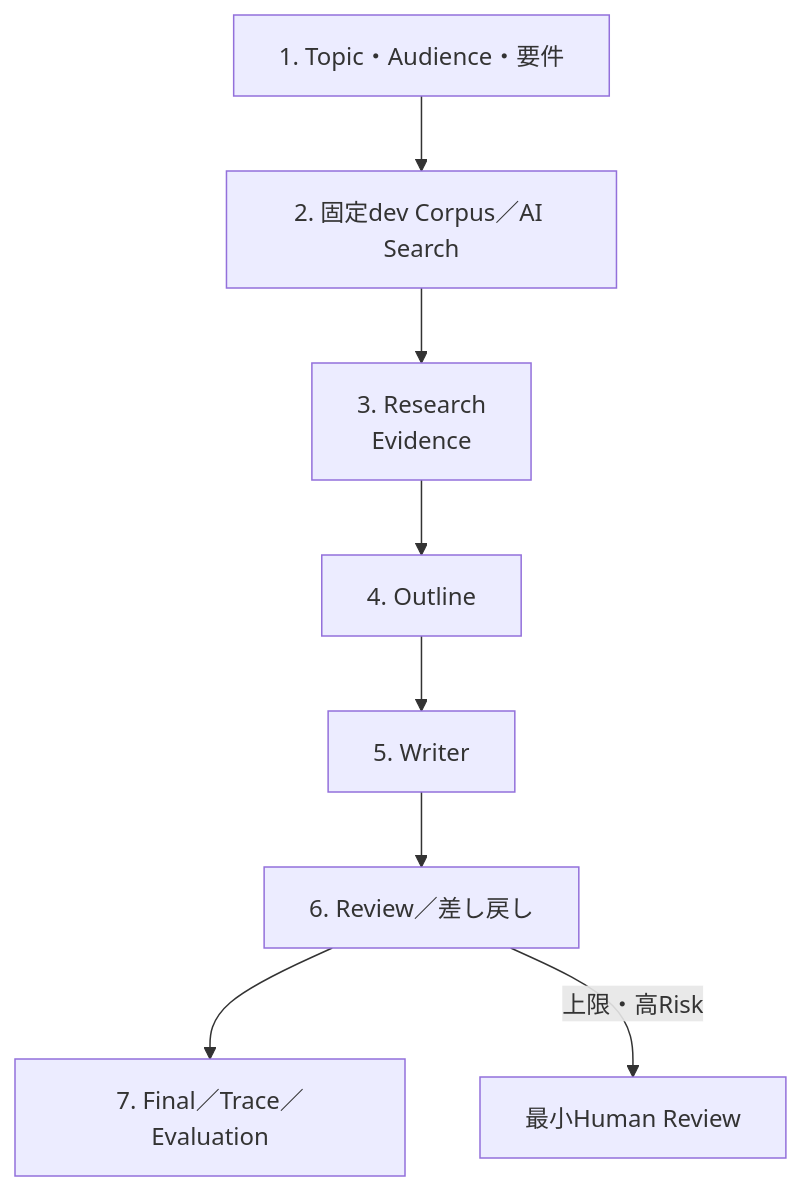
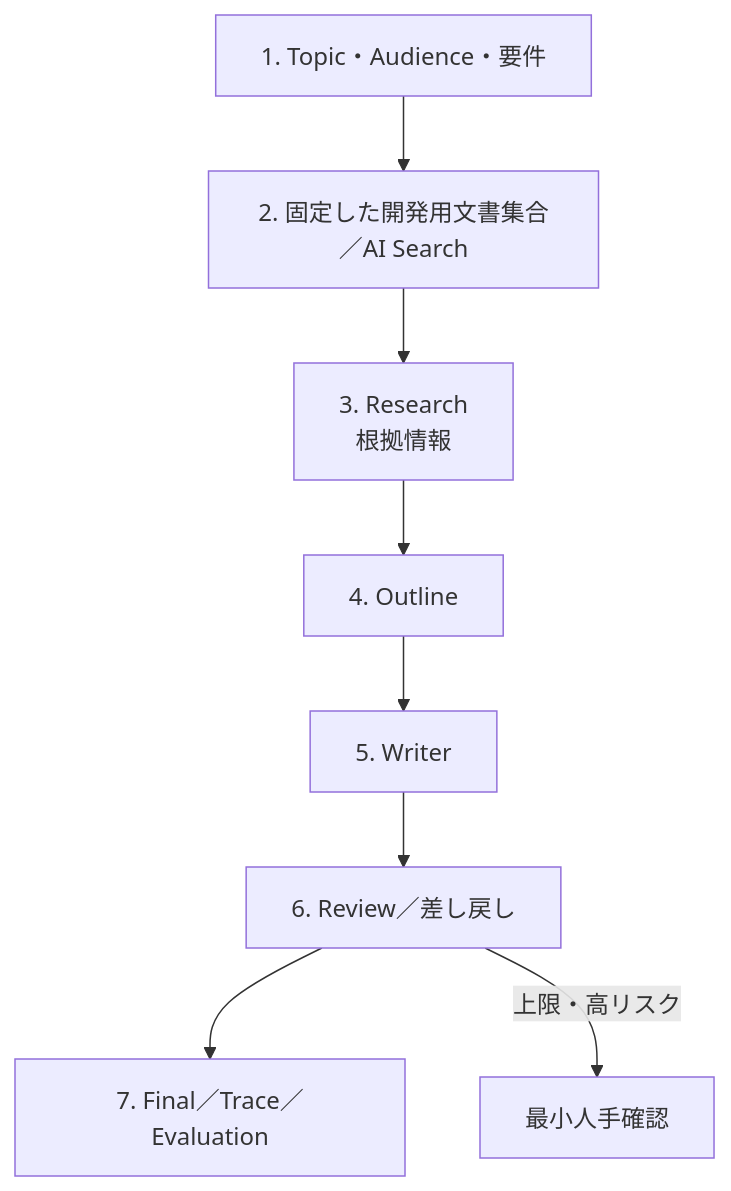
Before and after one commit to junTaniguchi/llm_ops: the seventh of 18 diagrams in 技術レポート作成マルチエージェント_完成版.md, drawn with Mermaid. The commit also changed other lines of this file, not shown here.

````diff
--- a/技術レポート作成マルチエージェント_完成版.md
+++ b/技術レポート作成マルチエージェント_完成版.md
@@ -392,10 +443,10 @@
 ```mermaid
 flowchart TD
-    U["1. Topic・Audience・要件"] --> S["2. 固定dev Corpus／AI Search"]
-    S --> R["3. Research<br/>Evidence"]
+    U["1. Topic・Audience・要件"] --> S["2. 固定した開発用文書集合／AI Search"]
+    S --> R["3. Research<br/>根拠情報"]
     R --> O["4. Outline"]
     O --> W["5. Writer"]
     W --> V["6. Review／差し戻し"]
     V --> F["7. Final／Trace／Evaluation"]
-    V -->|上限・高Risk| H["最小Human Review"]
+    V -->|上限・高リスク| H["最小人手確認"]
 ```
````
